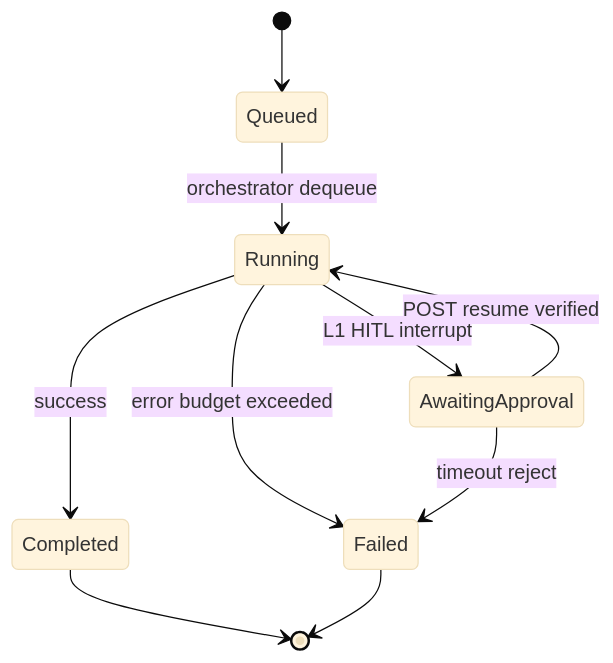
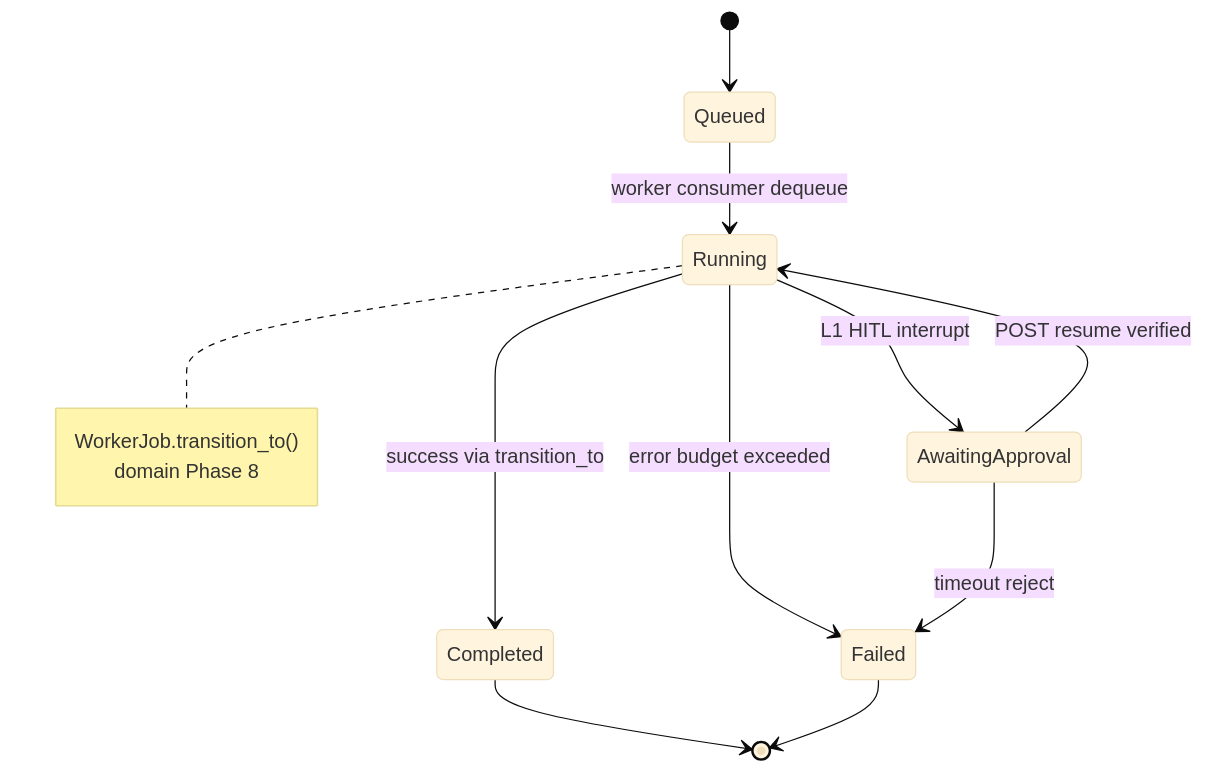
The diagram in docs/architecture-site/diagrams/job-state.mmd (butbeautifulv/cxado), drawn with Mermaid (base theme) before and after one commit. The commit also changed 165 other files, not shown here.

```diff
--- a/docs/architecture-site/diagrams/job-state.mmd
+++ b/docs/architecture-site/diagrams/job-state.mmd
@@ -1,10 +1,15 @@
 stateDiagram-v2
   [*] --> Queued
-  Queued --> Running: orchestrator dequeue
+  Queued --> Running: worker consumer dequeue
   Running --> AwaitingApproval: L1 HITL interrupt
   AwaitingApproval --> Running: POST resume verified
-  Running --> Completed: success
+  Running --> Completed: success via transition_to
   Running --> Failed: error budget exceeded
   AwaitingApproval --> Failed: timeout reject
   Completed --> [*]
   Failed --> [*]
+
+  note right of Running
+    WorkerJob.transition_to()
+    domain Phase 8
+  end note
```
